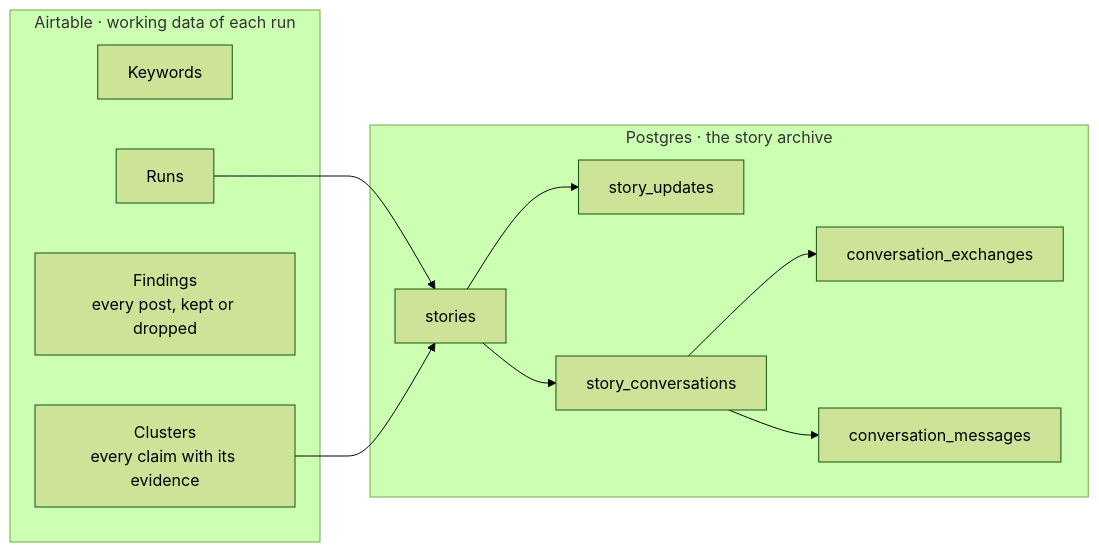
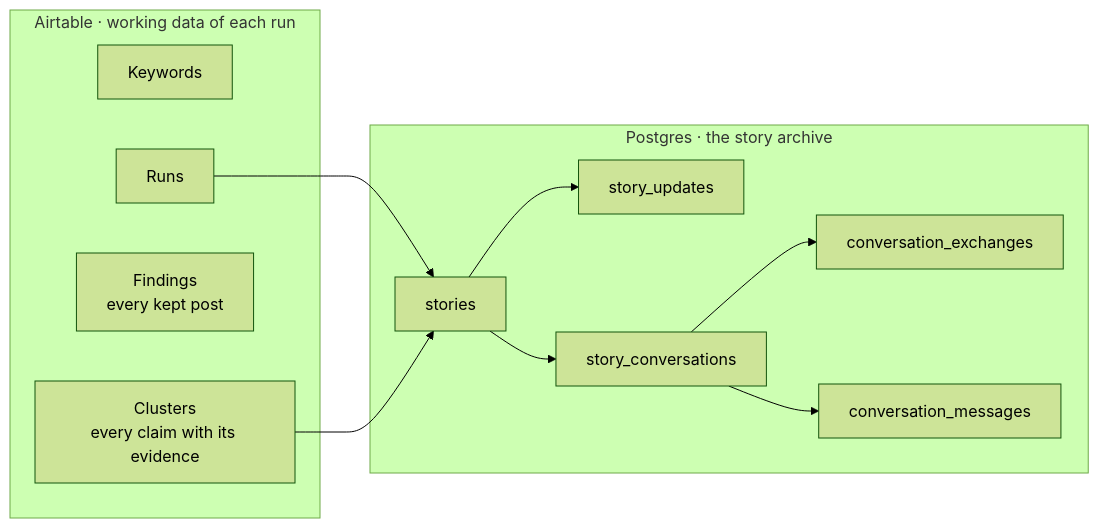
Before and after one commit to thalderg/n8n: the ninth of 9 diagrams in workflows/claim-checks/README.md, drawn with Mermaid (forest theme). The commit also changed other lines of this file and 3 other files, not shown here.

````diff
--- a/workflows/claim-checks/README.md
+++ b/workflows/claim-checks/README.md
@@ -277,22 +303,22 @@
 ```mermaid
 flowchart LR
     subgraph AT["Airtable · working data of each run"]
         KW["Keywords"]
         RU["Runs"]
-        FI["Findings<br/>every post, kept or dropped"]
+        FI["Findings<br/>every kept post"]
         CL["Clusters<br/>every claim with its evidence"]
     end
     subgraph PG["Postgres · the story archive"]
         ST["stories"]
         UP["story_updates"]
         CO["story_conversations"]
         EX["conversation_exchanges"]
         ME["conversation_messages"]
     end
     RU --> ST
     CL --> ST
     ST --> UP
     ST --> CO
     CO --> EX
     CO --> ME
 ```
````
